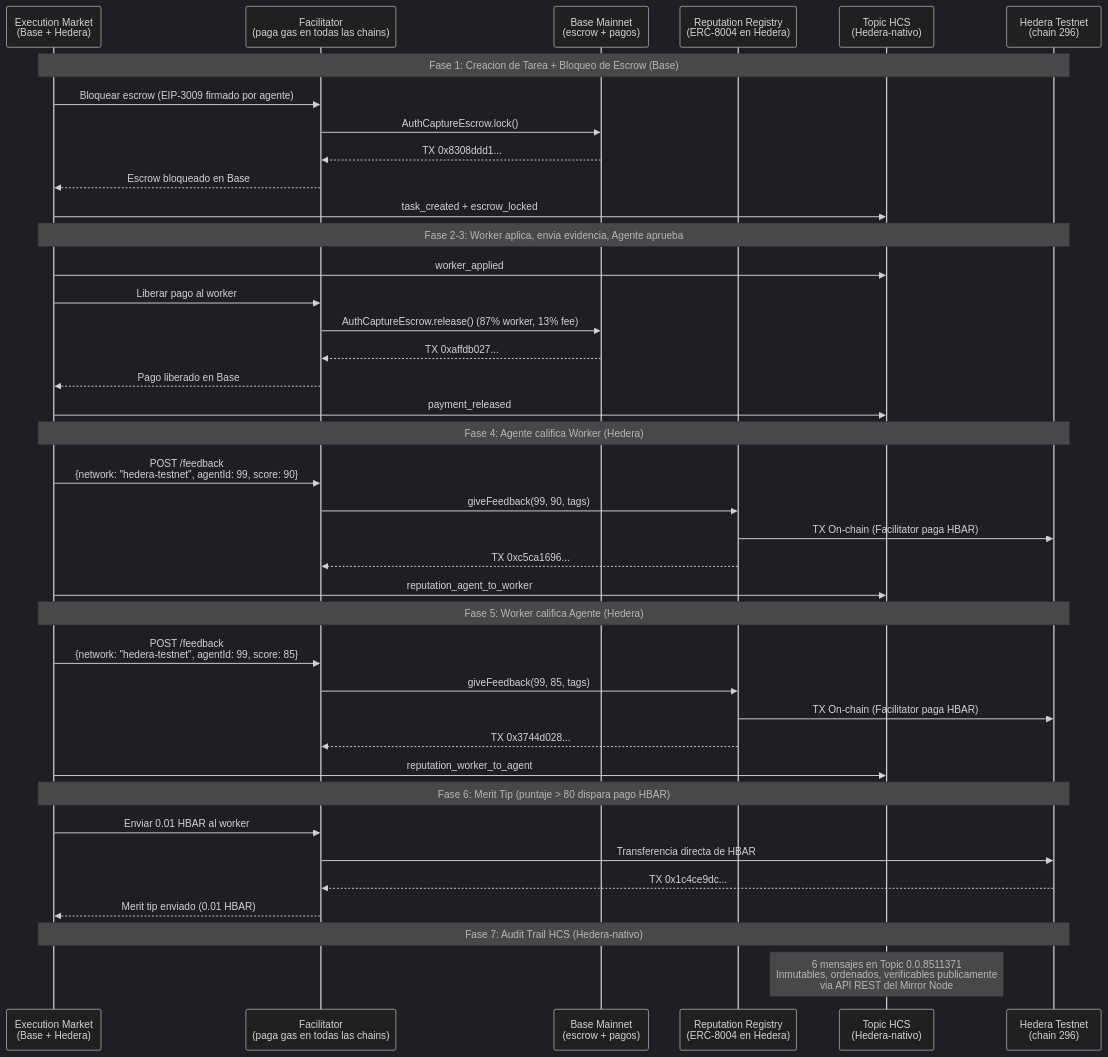
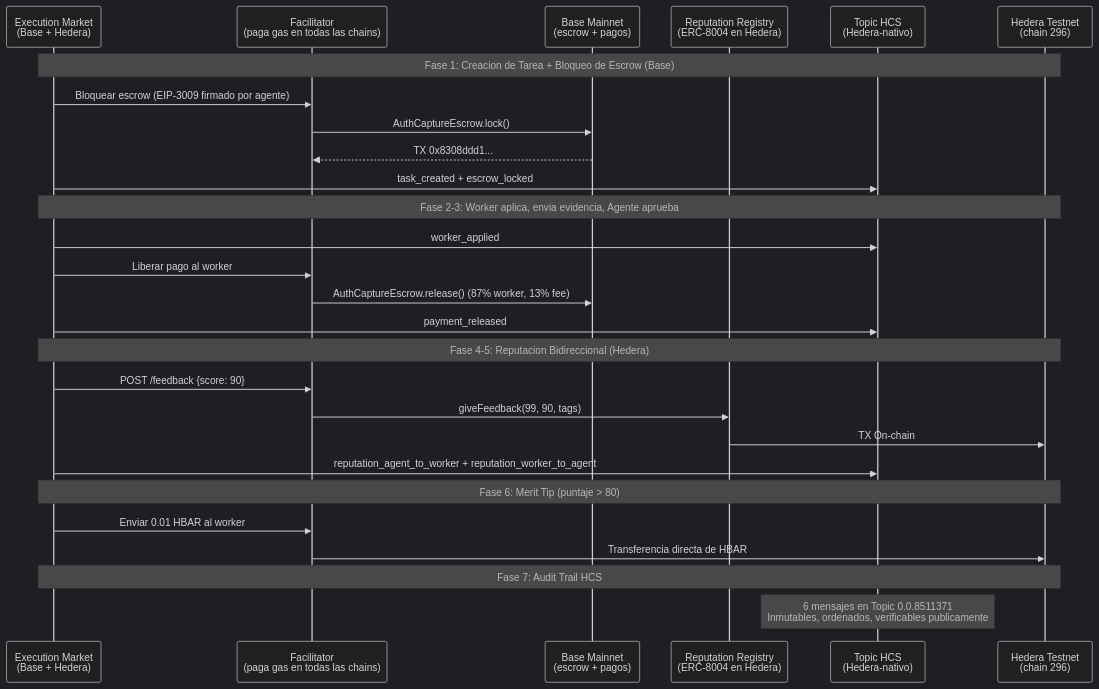
The diagram in hedera/PROOF_OF_INTEGRATION.es.md (yesig3/em-cannes-hackathon), drawn with Mermaid (dark theme) before and after one commit. The commit also changed other lines of this file and 10 other files, not shown here.

````diff
--- a/hedera/PROOF_OF_INTEGRATION.es.md
+++ b/hedera/PROOF_OF_INTEGRATION.es.md
@@ -215,47 +125,34 @@
 ```mermaid
 sequenceDiagram
     participant EM as Execution Market<br/>(Base + Hedera)
     participant F as Facilitator<br/>(paga gas en todas las chains)
     participant B as Base Mainnet<br/>(escrow + pagos)
     participant RR as Reputation Registry<br/>(ERC-8004 en Hedera)
     participant HCS as Topic HCS<br/>(Hedera-nativo)
     participant H as Hedera Testnet<br/>(chain 296)
 
     Note over EM,H: Fase 1: Creacion de Tarea + Bloqueo de Escrow (Base)
     EM->>F: Bloquear escrow (EIP-3009 firmado por agente)
     F->>B: AuthCaptureEscrow.lock()
     B-->>F: TX 0x8308ddd1...
-    F-->>EM: Escrow bloqueado en Base
     EM->>HCS: task_created + escrow_locked
 
     Note over EM,H: Fase 2-3: Worker aplica, envia evidencia, Agente aprueba
     EM->>HCS: worker_applied
     EM->>F: Liberar pago al worker
     F->>B: AuthCaptureEscrow.release() (87% worker, 13% fee)
-    B-->>F: TX 0xaffdb027...
-    F-->>EM: Pago liberado en Base
     EM->>HCS: payment_released
 
-    Note over EM,H: Fase 4: Agente califica Worker (Hedera)
-    EM->>F: POST /feedback<br/>{network: "hedera-testnet", agentId: 99, score: 90}
+    Note over EM,H: Fase 4-5: Reputacion Bidireccional (Hedera)
+    EM->>F: POST /feedback {score: 90}
     F->>RR: giveFeedback(99, 90, tags)
-    RR->>H: TX On-chain (Facilitator paga HBAR)
-    RR-->>F: TX 0xc5ca1696...
-    EM->>HCS: reputation_agent_to_worker
+    RR->>H: TX On-chain
+    EM->>HCS: reputation_agent_to_worker + reputation_worker_to_agent
 
-    Note over EM,H: Fase 5: Worker califica Agente (Hedera)
-    EM->>F: POST /feedback<br/>{network: "hedera-testnet", agentId: 99, score: 85}
-    F->>RR: giveFeedback(99, 85, tags)
-    RR->>H: TX On-chain (Facilitator paga HBAR)
-    RR-->>F: TX 0x3744d028...
-    EM->>HCS: reputation_worker_to_agent
-
-    Note over EM,H: Fase 6: Merit Tip (puntaje > 80 dispara pago HBAR)
+    Note over EM,H: Fase 6: Merit Tip (puntaje > 80)
     EM->>F: Enviar 0.01 HBAR al worker
     F->>H: Transferencia directa de HBAR
-    H-->>F: TX 0x1c4ce9dc...
-    F-->>EM: Merit tip enviado (0.01 HBAR)
 
-    Note over EM,H: Fase 7: Audit Trail HCS (Hedera-nativo)
-    Note over HCS: 6 mensajes en Topic 0.0.8511371<br/>Inmutables, ordenados, verificables publicamente<br/>via API REST del Mirror Node
+    Note over EM,H: Fase 7: Audit Trail HCS
+    Note over HCS: 6 mensajes en Topic 0.0.8511371<br/>Inmutables, ordenados, verificables publicamente
 ```
````
